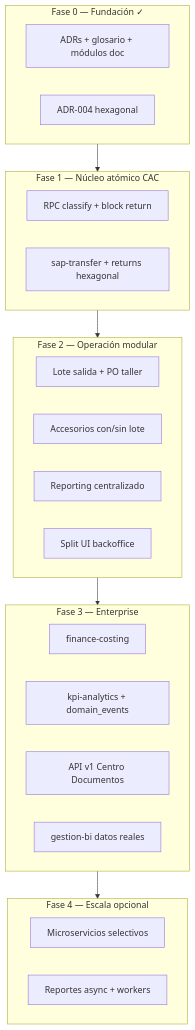
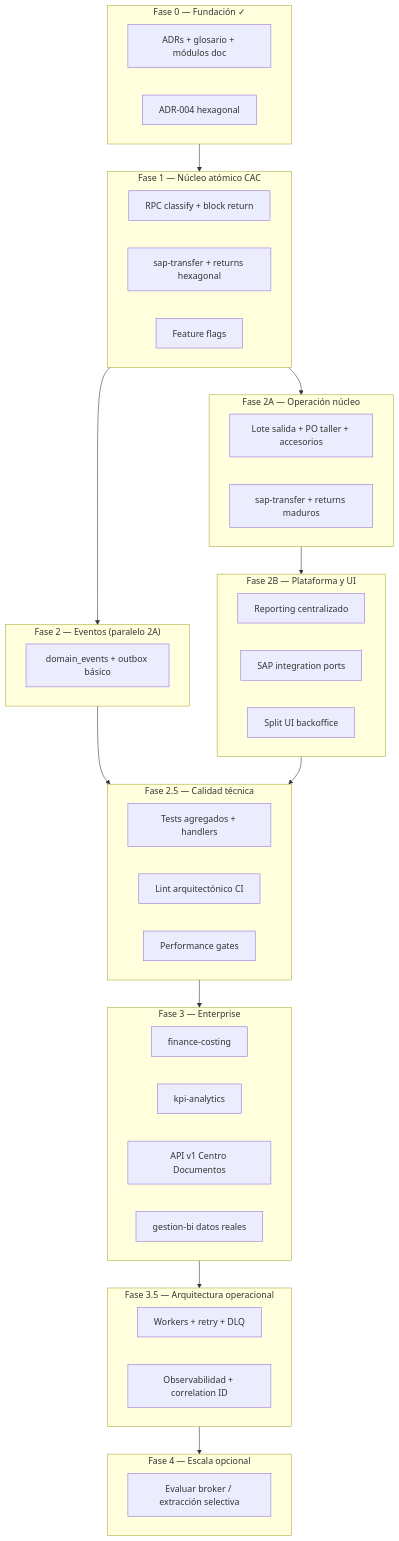
The first of 2 diagrams in docs/architecture/roadmap-phases.md (jayurbano24/TC-ERP), drawn with Mermaid before and after one commit. The commit also changed other lines of this file and 176 other files, not shown here.

First line of the commit message:
feat: close Fase 2A/2B migrations, hexagonal SAP/returns, and domain events

````diff
--- a/docs/architecture/roadmap-phases.md
+++ b/docs/architecture/roadmap-phases.md
@@ -12,33 +65,60 @@
 ```mermaid
 flowchart TB
     subgraph F0["Fase 0 — Fundación ✓"]
         ADR[ADRs + glosario + módulos doc]
         HEX[ADR-004 hexagonal]
     end
 
     subgraph F1["Fase 1 — Núcleo atómico CAC"]
         RPC[RPC classify + block return]
         PILOT[sap-transfer + returns hexagonal]
+        FF[Feature flags]
     end
 
-    subgraph F2["Fase 2 — Operación modular"]
-        LOT[Lote salida + PO taller]
-        ACC[Accesorios con/sin lote]
+    subgraph F2A["Fase 2A — Operación núcleo"]
+        LOT[Lote salida + PO taller + accesorios]
+        CAC[sap-transfer + returns maduros]
+    end
+
+    subgraph F2E["Fase 2 — Eventos (paralelo 2A)"]
+        EVT[domain_events + outbox básico]
+    end
+
+    subgraph F2B["Fase 2B — Plataforma y UI"]
         RPT[Reporting centralizado]
+        SI[SAP integration ports]
         UI[Split UI backoffice]
+    end
+
+    subgraph F25["Fase 2.5 — Calidad técnica"]
+        TST[Tests agregados + handlers]
+        LINT[Lint arquitectónico CI]
+        PERF[Performance gates]
     end
 
     subgraph F3["Fase 3 — Enterprise"]
         FIN[finance-costing]
-        KPI[kpi-analytics + domain_events]
+        KPI[kpi-analytics]
         API[API v1 Centro Documentos]
         BI[gestion-bi datos reales]
     end
 
-    subgraph F4["Fase 4 — Escala opcional"]
-        MS[Microservicios selectivos]
-        JOB[Reportes async + workers]
+    subgraph F35["Fase 3.5 — Arquitectura operacional"]
+        WRK[Workers + retry + DLQ]
+        OBS[Observabilidad + correlation ID]
     end
 
-    F0 --> F1 --> F2 --> F3 --> F4
+    subgraph F4["Fase 4 — Escala opcional"]
+        EVAL[Evaluar broker / extracción selectiva]
+    end
+
+    F0 --> F1
+    F1 --> F2A
+    F1 --> F2E
+    F2A --> F2B
+    F2E --> F25
+    F2B --> F25
+    F25 --> F3
+    F3 --> F35
+    F35 --> F4
 ```
````
